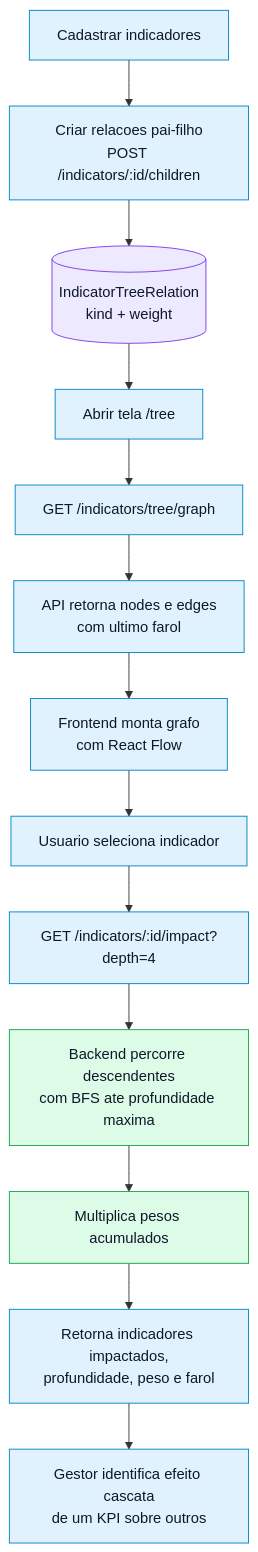
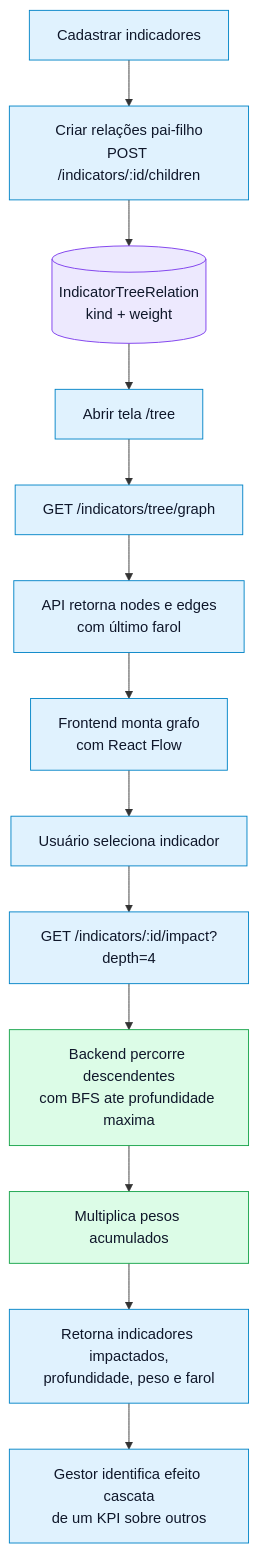
One commit to aldemirfidelis/gestao-360-indicadores changed the seventh of 12 diagrams in docs/fluxograma-completo.md. Above: the diagram before and after it, drawn with Mermaid. The commit also changed other lines of this file and 73 other files, not shown here.

````diff
--- a/docs/fluxograma-completo.md
+++ b/docs/fluxograma-completo.md
@@ -327,22 +327,22 @@
 ```mermaid
 flowchart TD
-  A["Cadastrar indicadores"] --> B["Criar relacoes pai-filho<br/>POST /indicators/:id/children"]
+  A["Cadastrar indicadores"] --> B["Criar relações pai-filho<br/>POST /indicators/:id/children"]
   B --> C[("IndicatorTreeRelation<br/>kind + weight")]
   C --> D["Abrir tela /tree"]
   D --> E["GET /indicators/tree/graph"]
-  E --> F["API retorna nodes e edges<br/>com ultimo farol"]
+  E --> F["API retorna nodes e edges<br/>com último farol"]
   F --> G["Frontend monta grafo<br/>com React Flow"]
-  G --> H["Usuario seleciona indicador"]
+  G --> H["Usuário seleciona indicador"]
   H --> I["GET /indicators/:id/impact?depth=4"]
   I --> J["Backend percorre descendentes<br/>com BFS ate profundidade maxima"]
   J --> K["Multiplica pesos acumulados"]
   K --> L["Retorna indicadores impactados,<br/>profundidade, peso e farol"]
   L --> M["Gestor identifica efeito cascata<br/>de um KPI sobre outros"]
 
   classDef step fill:#e0f2fe,stroke:#0284c7,color:#0f172a
   classDef rule fill:#dcfce7,stroke:#16a34a,color:#0f172a
   classDef data fill:#ede9fe,stroke:#7c3aed,color:#0f172a
   class A,B,D,E,F,G,H,I,L,M step
   class J,K rule
   class C data
 ```
````
